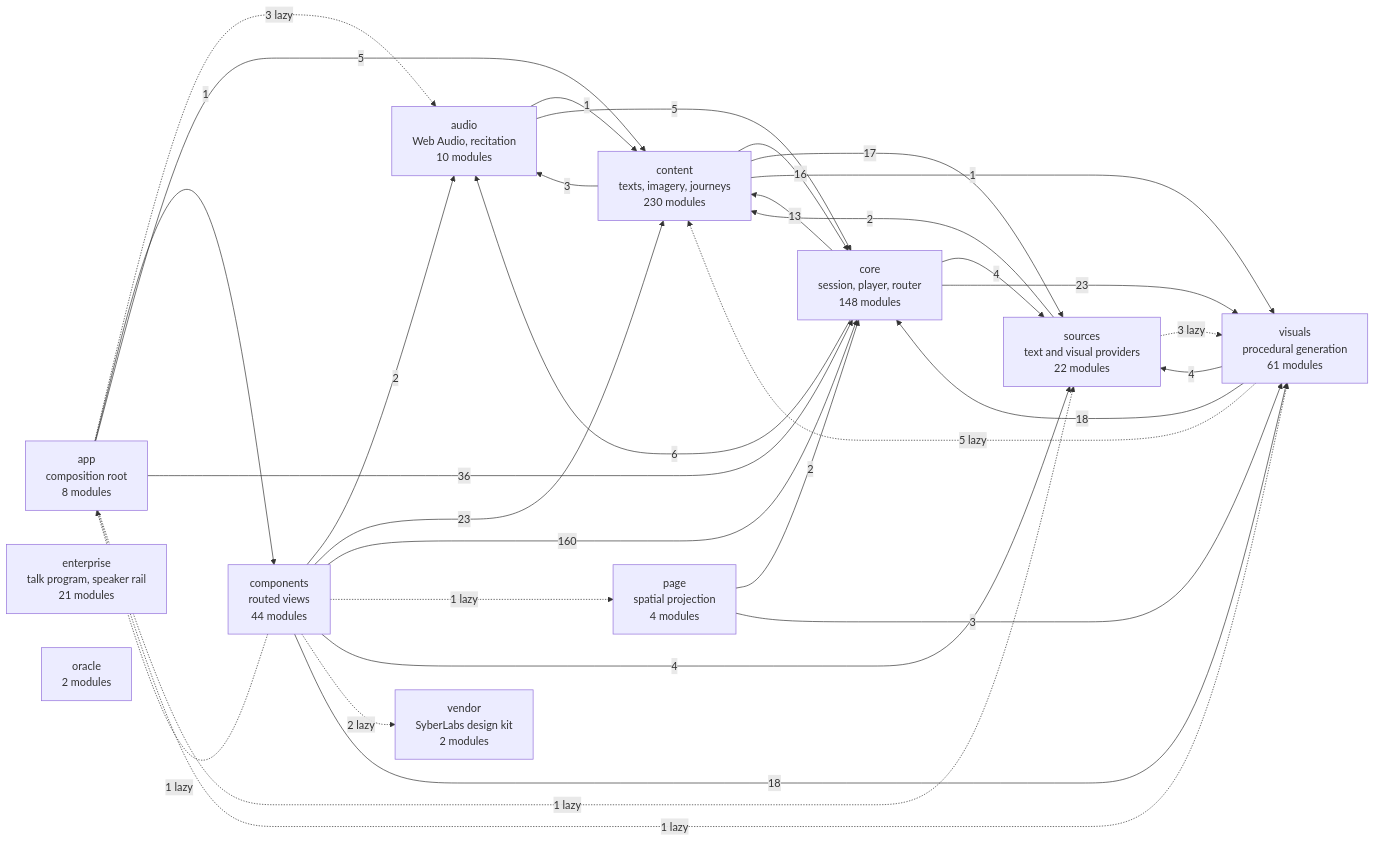
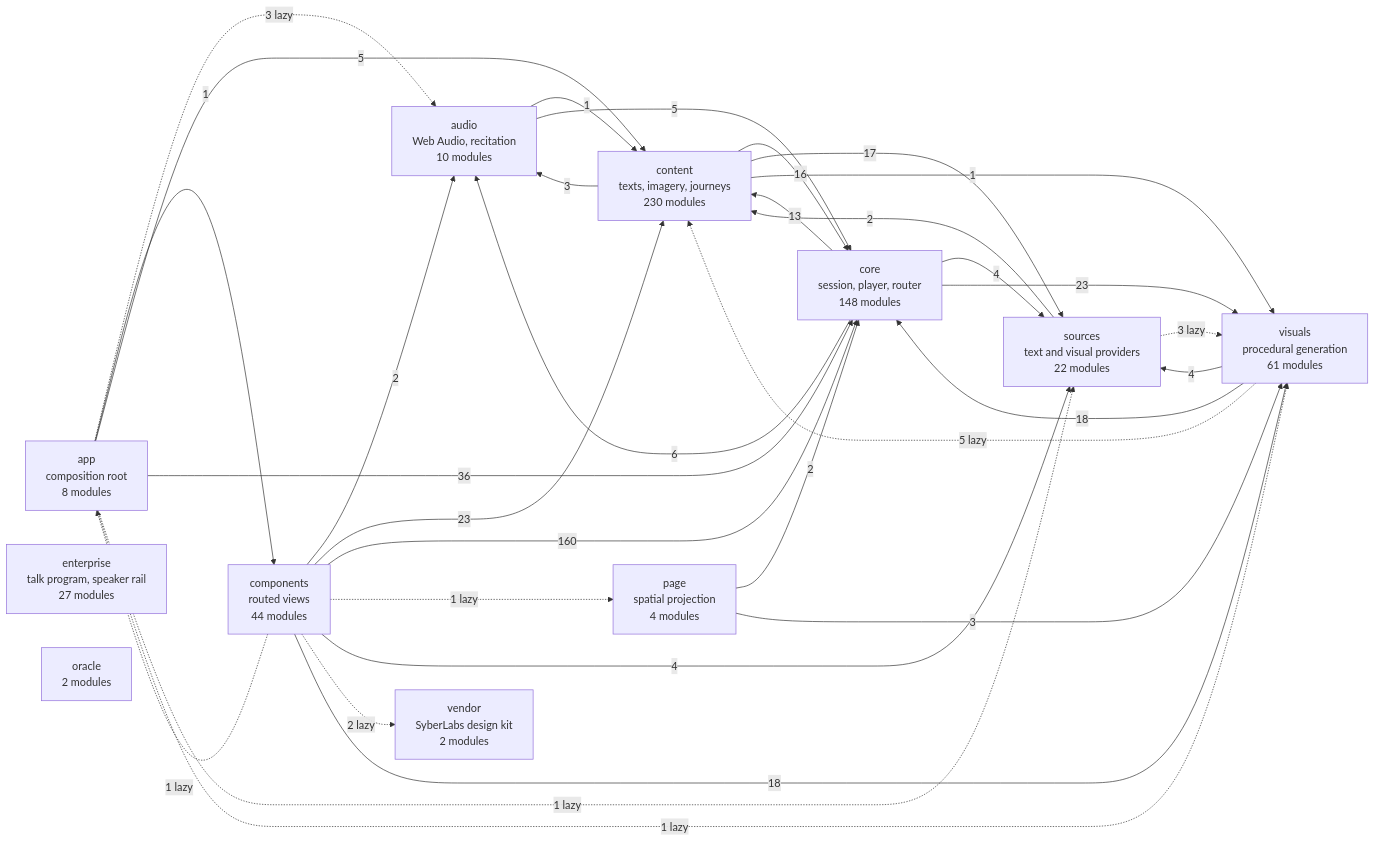
Before and after one commit to SyberLabs/RISE: the diagram in docs/specs/ARCHITECTURE.md, drawn with Mermaid. The commit also changed other lines of this file and 31 other files, not shown here.

````diff
--- a/docs/specs/ARCHITECTURE.md
+++ b/docs/specs/ARCHITECTURE.md
@@ -160,46 +160,46 @@
 ```mermaid
 flowchart LR
     app["app<br/>composition root<br/>8 modules"]
     audio["audio<br/>Web Audio, recitation<br/>10 modules"]
     components["components<br/>routed views<br/>44 modules"]
     content["content<br/>texts, imagery, journeys<br/>230 modules"]
     core["core<br/>session, player, router<br/>148 modules"]
-    enterprise["enterprise<br/>talk program, speaker rail<br/>21 modules"]
+    enterprise["enterprise<br/>talk program, speaker rail<br/>27 modules"]
     oracle["oracle<br/>2 modules"]
     page["page<br/>spatial projection<br/>4 modules"]
     sources["sources<br/>text and visual providers<br/>22 modules"]
     vendor["vendor<br/>SyberLabs design kit<br/>2 modules"]
     visuals["visuals<br/>procedural generation<br/>61 modules"]
 
     app -.-> |3 lazy| audio
     app --> |1| components
     app --> |5| content
     app --> |36| core
     app -.-> |1 lazy| sources
     app -.-> |1 lazy| visuals
     audio --> |1| content
     audio --> |5| core
     components -.-> |1 lazy| app
     components --> |2| audio
     components --> |23| content
     components --> |160| core
     components -.-> |1 lazy| page
     components --> |4| sources
     components -.-> |2 lazy| vendor
     components --> |18| visuals
     content --> |3| audio
     content --> |16| core
     content --> |17| sources
     content --> |1| visuals
     core --> |6| audio
     core --> |13| content
     core --> |4| sources
     core --> |23| visuals
     page --> |2| core
     page --> |3| visuals
     sources --> |2| content
     sources -.-> |3 lazy| visuals
     visuals -.-> |5 lazy| content
     visuals --> |18| core
     visuals --> |4| sources
 ```
````
